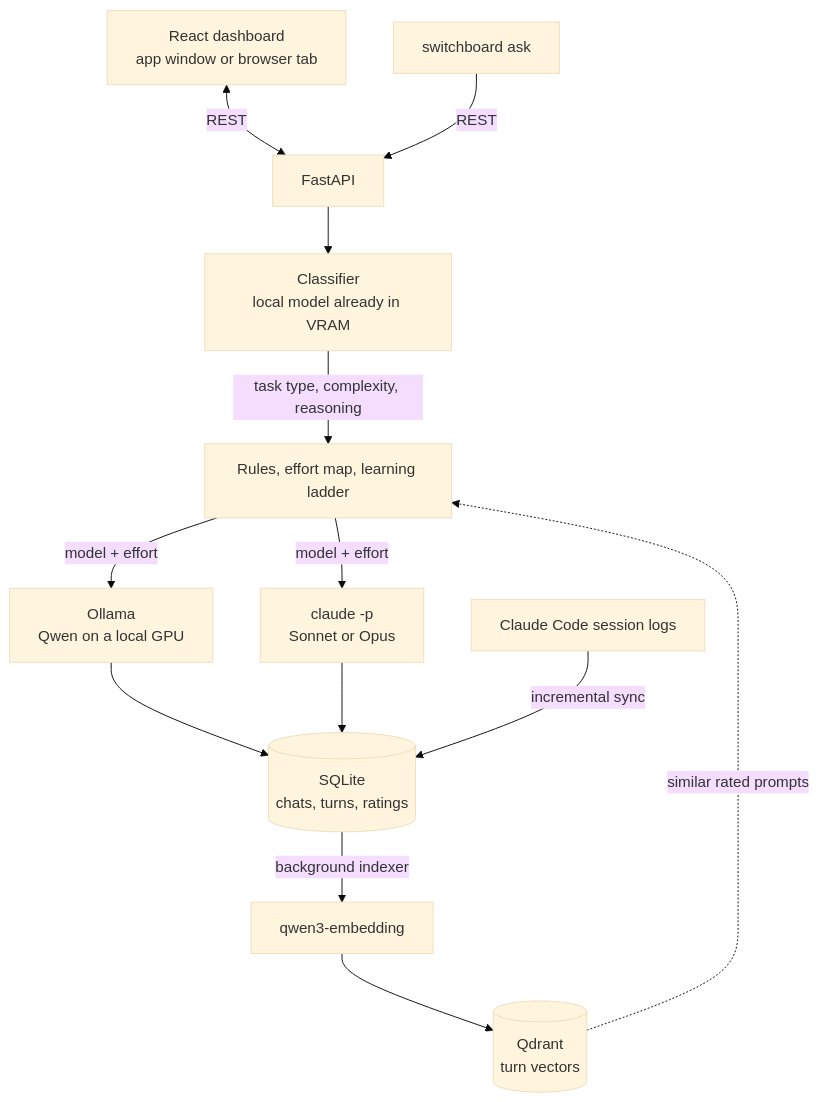
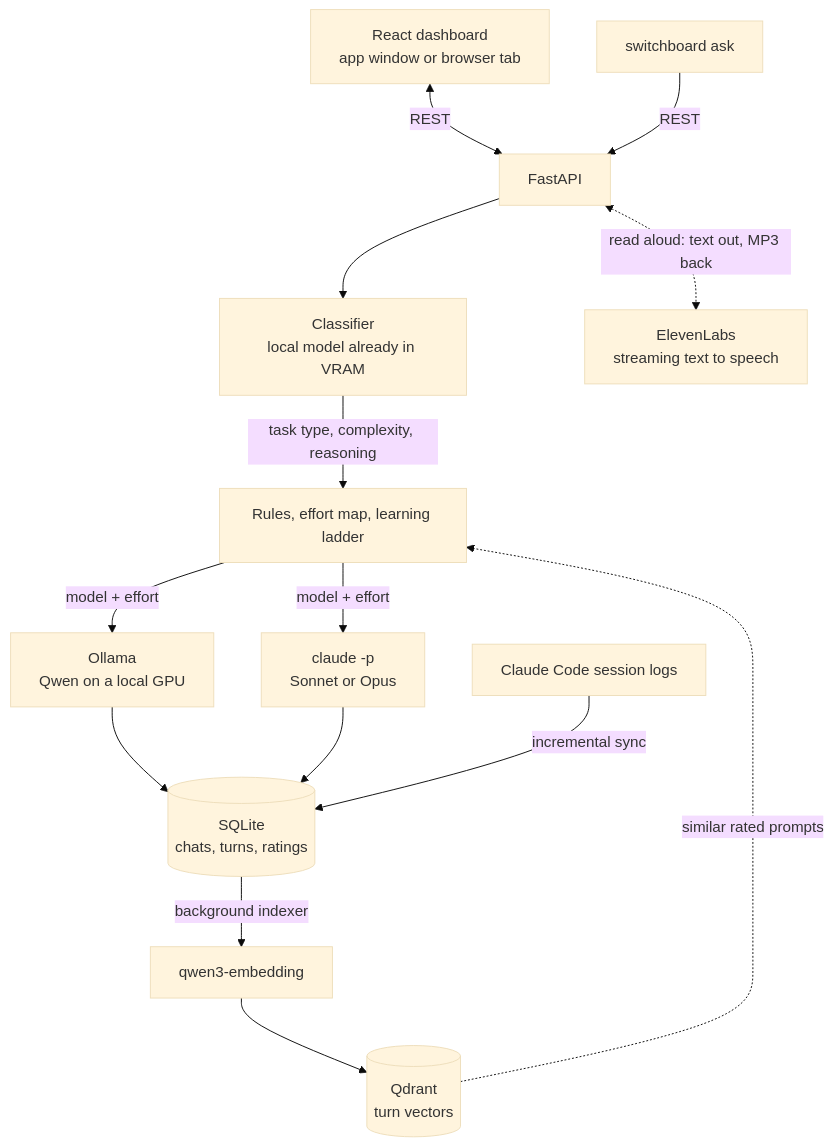
Before and after one commit to Anders-T-Strand/Switchboard: the diagram in README.md, drawn with Mermaid (base theme). The commit also changed other lines of this file and 19 other files, not shown here.

````diff
--- a/README.md
+++ b/README.md
@@ -23,15 +24,16 @@
 ```mermaid
 flowchart TB
     UI["React dashboard<br/>app window or browser tab"] <-->|REST| API["FastAPI"]
     CLI["switchboard ask"] -->|REST| API
     API --> CL["Classifier<br/>local model already in VRAM"]
     CL -->|"task type, complexity, reasoning"| RT["Rules, effort map, learning ladder"]
     QD[("Qdrant<br/>turn vectors")] -.->|"similar rated prompts"| RT
     RT -->|"model + effort"| OL["Ollama<br/>Qwen on a local GPU"]
     RT -->|"model + effort"| CC["claude -p<br/>Sonnet or Opus"]
     OL --> DB[("SQLite<br/>chats, turns, ratings")]
     CC --> DB
     LOGS["Claude Code session logs"] -->|"incremental sync"| DB
     DB -->|"background indexer"| EM["qwen3-embedding"]
     EM --> QD
+    API <-.->|"read aloud: text out, MP3 back"| EL["ElevenLabs<br/>streaming text to speech"]
 ```
````
